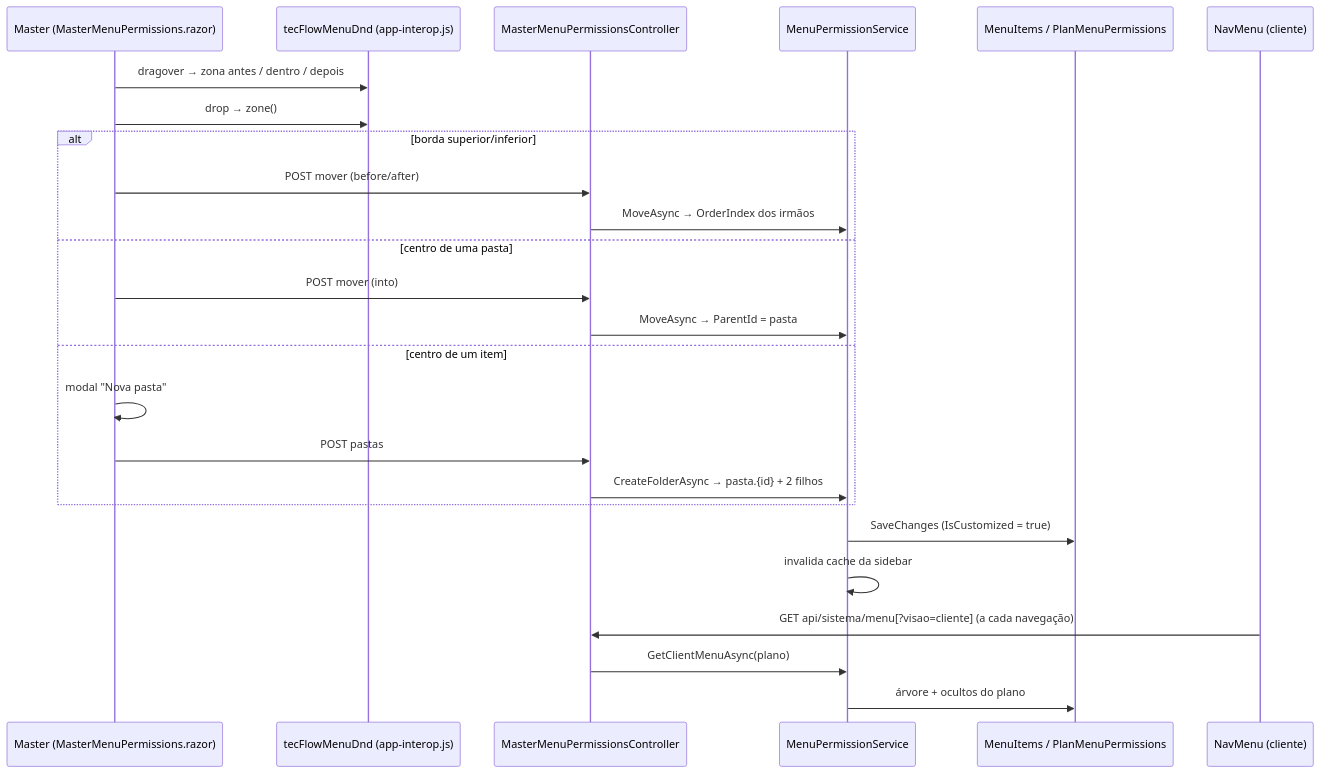
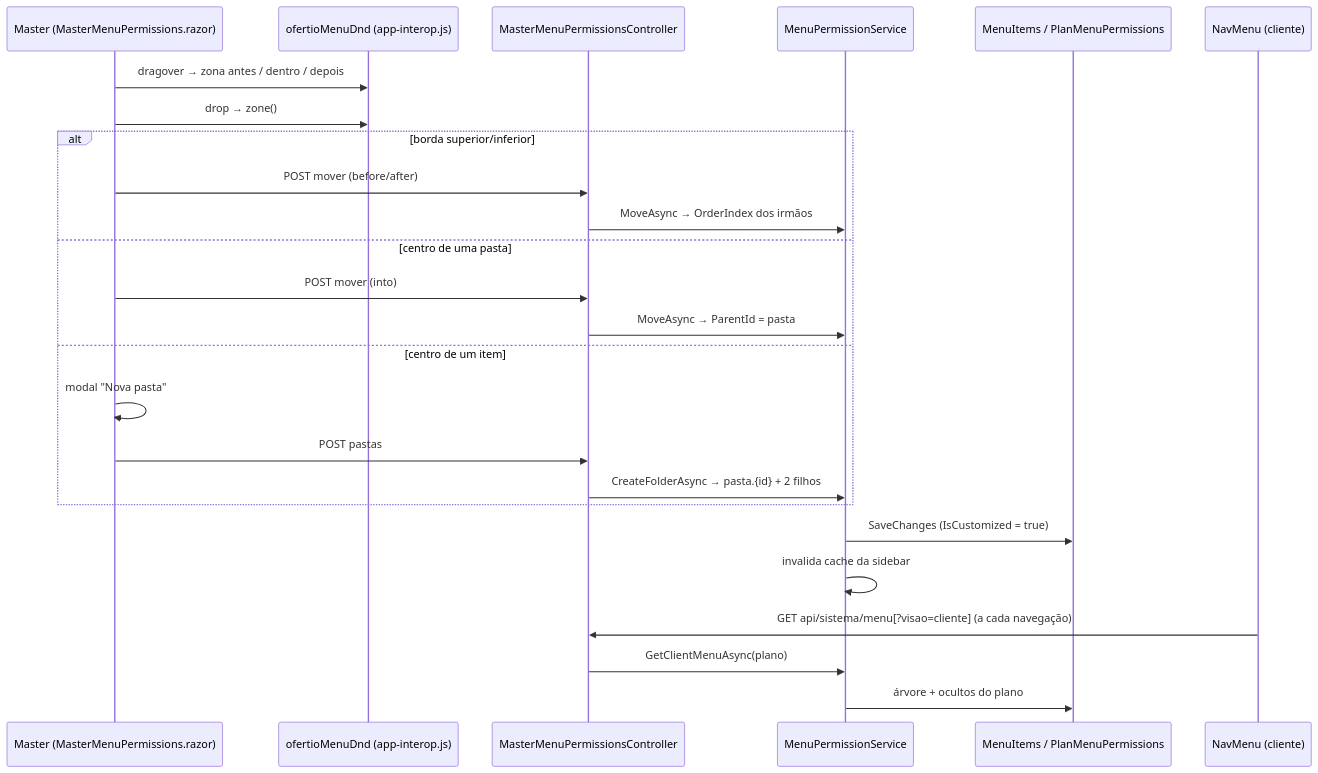
Diagram 21 of 29 in docs/DIAGRAMAS_ARQUITETURA.md (ronyaraujodeveloper/TecFlow), drawn with Mermaid before and after one commit. The commit also changed other lines of this file and 2495 other files, not shown here.

First line of the commit message:
refactor!: migra marca TecFlow para Ofertio

````diff
--- a/docs/DIAGRAMAS_ARQUITETURA.md
+++ b/docs/DIAGRAMAS_ARQUITETURA.md
@@ -1533,27 +1536,27 @@
 ```mermaid
 sequenceDiagram
   participant M as Master (MasterMenuPermissions.razor)
-  participant JS as tecFlowMenuDnd (app-interop.js)
+  participant JS as ofertioMenuDnd (app-interop.js)
   participant API as MasterMenuPermissionsController
   participant S as MenuPermissionService
   participant DB as MenuItems / PlanMenuPermissions
   participant C as NavMenu (cliente)
   M->>JS: dragover → zona antes / dentro / depois
   M->>JS: drop → zone()
   alt borda superior/inferior
     M->>API: POST mover (before/after)
     API->>S: MoveAsync → OrderIndex dos irmãos
   else centro de uma pasta
     M->>API: POST mover (into)
     API->>S: MoveAsync → ParentId = pasta
   else centro de um item
     M->>M: modal "Nova pasta"
     M->>API: POST pastas
     API->>S: CreateFolderAsync → pasta.{id} + 2 filhos
   end
   S->>DB: SaveChanges (IsCustomized = true)
   S->>S: invalida cache da sidebar
   C->>API: GET api/sistema/menu[?visao=cliente] (a cada navegação)
   API->>S: GetClientMenuAsync(plano)
   S->>DB: árvore + ocultos do plano
 ```
````
